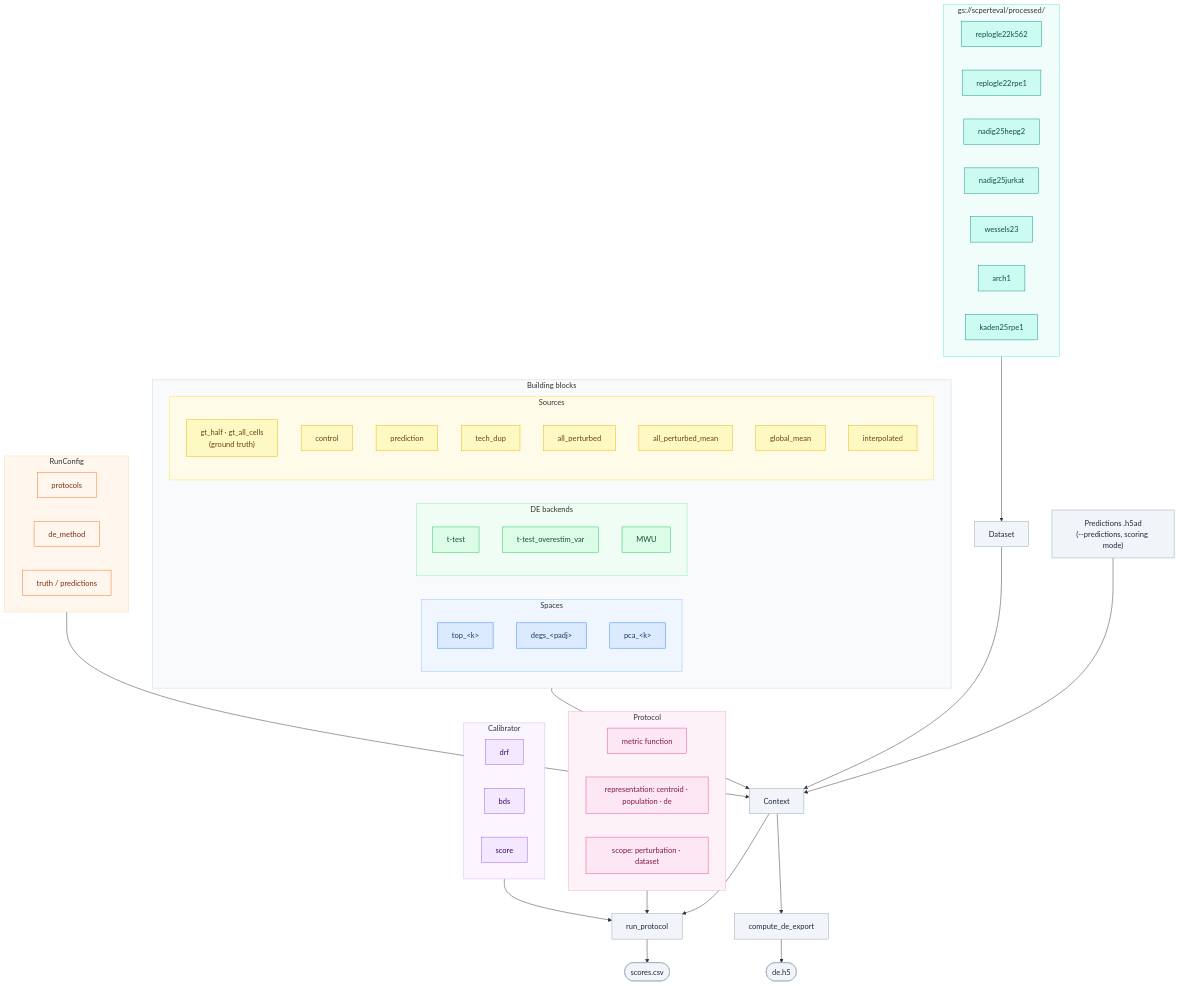
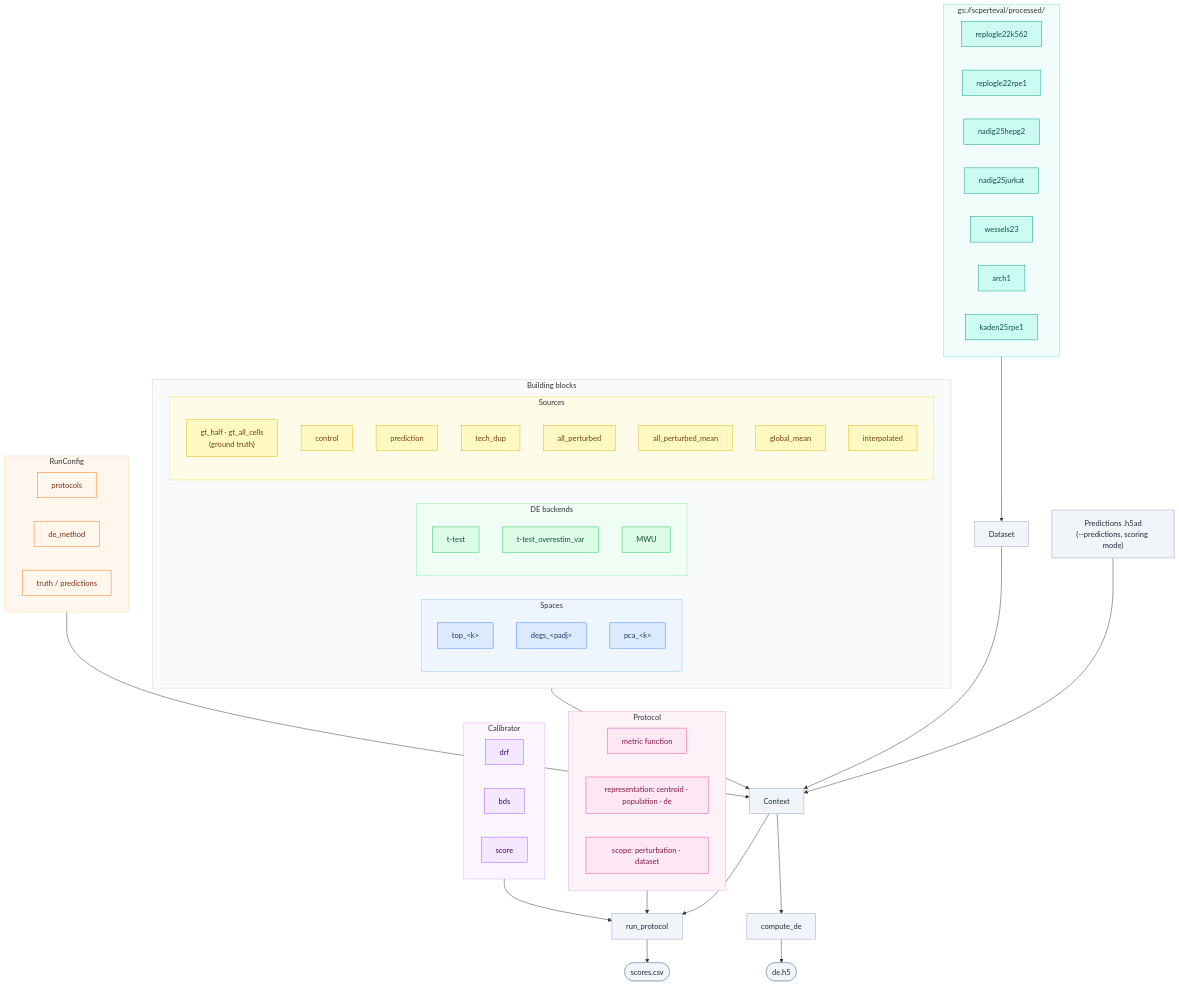
The diagram in docs/_mermaid/architecture.mmd (HugoHakem/scPertEval), drawn with Mermaid before and after one commit. The commit also changed 12 other files, not shown here.

```diff
--- a/docs/_mermaid/architecture.mmd
+++ b/docs/_mermaid/architecture.mmd
@@ -1,89 +1,89 @@
 flowchart TD
     subgraph GCS["gs://scperteval/processed/"]
         D1[replogle22k562]
         D2[replogle22rpe1]
         D3[nadig25hepg2]
         D4[nadig25jurkat]
         D5[wessels23]
         D6[arch1]
         D7[kaden25rpe1]
     end
 
     GCS --> DS[Dataset] --> CTX[Context]
     PRED["Predictions .h5ad<br/>(--predictions, scoring mode)"] --> CTX
 
     subgraph building_blocks[Building blocks]
         subgraph SPACES[Spaces]
             SP1["top_&lt;k&gt;"]
             SP2["degs_&lt;padj&gt;"]
             SP3["pca_&lt;k&gt;"]
         end
         subgraph DE[DE backends]
             DE1[t-test]
             DE2[t-test_overestim_var]
             DE3[MWU]
         end
         subgraph SRC[Sources]
             SRC1["gt_half · gt_all_cells<br/>(ground truth)"]
             SRC2[control]
             SRC3[prediction]
             SRC4[tech_dup]
             SRC5[all_perturbed]
             SRC6[all_perturbed_mean]
             SRC7[global_mean]
             SRC8[interpolated]
         end
     end
     building_blocks --> CTX
 
     subgraph CFG[RunConfig]
         CFG1[protocols]
         CFG2[de_method]
         CFG3["truth / predictions"]
     end
     CFG --> CTX
 
     subgraph P[Protocol]
         P1[metric function]
         P2["representation: centroid · population · de"]
         P3["scope: perturbation · dataset"]
     end
     P --> RUN[run_protocol]
     CTX --> RUN
 
     subgraph CAL[Calibrator]
         CAL1[drf]
         CAL2[bds]
         CAL3[score]
     end
     CAL --> RUN
 
     RUN --> SCORES([scores.csv])
-    CTX --> DEEXPORT[compute_de_export] --> DEOUT([de.h5])
+    CTX --> DEEXPORT[compute_de] --> DEOUT([de.h5])
 
     classDef spaces   fill:#dbeafe,stroke:#3b82f6,color:#1e3a5f
     classDef de       fill:#dcfce7,stroke:#22c55e,color:#14532d
     classDef sources  fill:#fef9c3,stroke:#eab308,color:#713f12
     classDef cal      fill:#f3e8ff,stroke:#a855f7,color:#3b0764
     classDef io       fill:#f1f5f9,stroke:#94a3b8,color:#1e293b
     classDef dataset  fill:#ccfbf1,stroke:#0d9488,color:#134e4a
     classDef cfg      fill:#fff7ed,stroke:#f97316,color:#7c2d12
     classDef proto    fill:#fce7f3,stroke:#ec4899,color:#831843
 
     class SP1,SP2,SP3 spaces
     class DE1,DE2,DE3 de
     class SRC1,SRC2,SRC3,SRC4,SRC5,SRC6,SRC7,SRC8 sources
     class CAL1,CAL2,CAL3 cal
     class DS,CTX,RUN,SCORES,DEOUT,PRED,DEEXPORT io
     class D1,D2,D3,D4,D5,D6,D7 dataset
     class CFG1,CFG2,CFG3 cfg
     class P1,P2,P3 proto
 
     style GCS             fill:#f0fdfa,stroke:#5eead4
     style SPACES          fill:#eff6ff,stroke:#93c5fd
     style DE              fill:#f0fdf4,stroke:#86efac
     style SRC             fill:#fefce8,stroke:#fde047
     style CAL             fill:#faf5ff,stroke:#d8b4fe
     style CFG             fill:#fff7ed,stroke:#fed7aa
     style P               fill:#fdf2f8,stroke:#f9a8d4
     style building_blocks fill:#f8fafc,stroke:#cbd5e1
```
